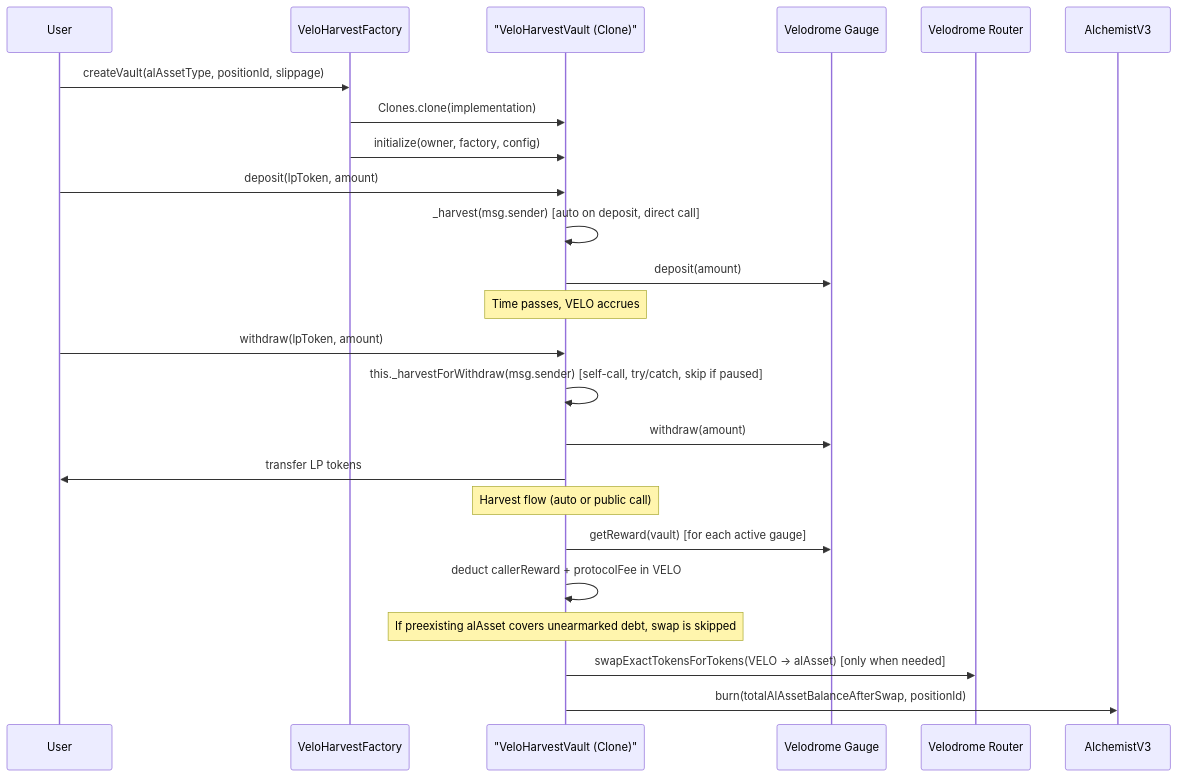
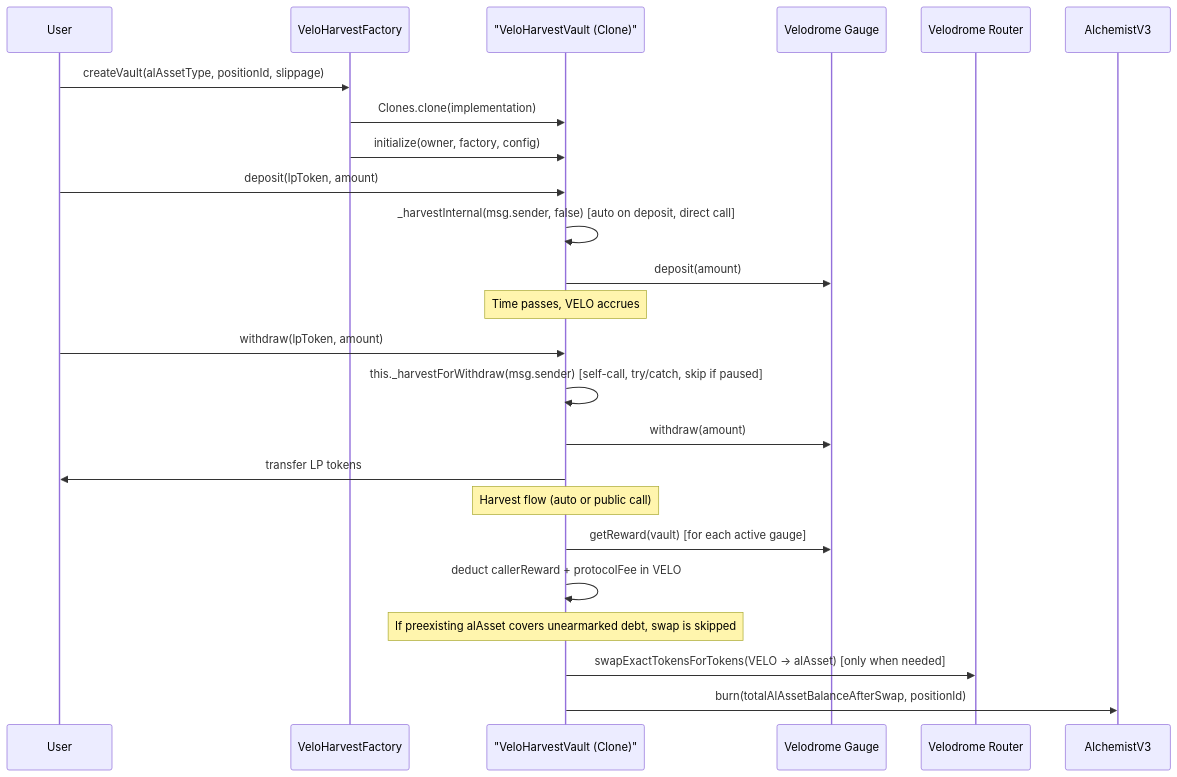
The first of 2 diagrams in project_plan.md (imimim-username/veloLPharvest), drawn with Mermaid before and after one commit. The commit also changed other lines of this file, not shown here.

````diff
--- a/project_plan.md
+++ b/project_plan.md
@@ -41,31 +43,31 @@
 ```mermaid
 sequenceDiagram
     participant User
     participant Factory as VeloHarvestFactory
     participant Vault as "VeloHarvestVault (Clone)"
     participant Gauge as Velodrome Gauge
     participant Router as Velodrome Router
     participant Alchemist as AlchemistV3
 
     User->>Factory: createVault(alAssetType, positionId, slippage)
     Factory->>Vault: Clones.clone(implementation)
     Factory->>Vault: initialize(owner, factory, config)
 
     User->>Vault: deposit(lpToken, amount)
-    Vault->>Vault: _harvest(msg.sender) [auto on deposit, direct call]
+    Vault->>Vault: _harvestInternal(msg.sender, false) [auto on deposit, direct call]
     Vault->>Gauge: deposit(amount)
 
     Note over Vault: Time passes, VELO accrues
 
     User->>Vault: withdraw(lpToken, amount)
     Vault->>Vault: this._harvestForWithdraw(msg.sender) [self-call, try/catch, skip if paused]
     Vault->>Gauge: withdraw(amount)
     Vault->>User: transfer LP tokens
 
     Note over Vault: Harvest flow (auto or public call)
     Vault->>Gauge: getReward(vault) [for each active gauge]
     Vault->>Vault: deduct callerReward + protocolFee in VELO
     Note over Vault: If preexisting alAsset covers unearmarked debt, swap is skipped
     Vault->>Router: swapExactTokensForTokens(VELO -> alAsset) [only when needed]
     Vault->>Alchemist: burn(totalAlAssetBalanceAfterSwap, positionId)
 ```
````
